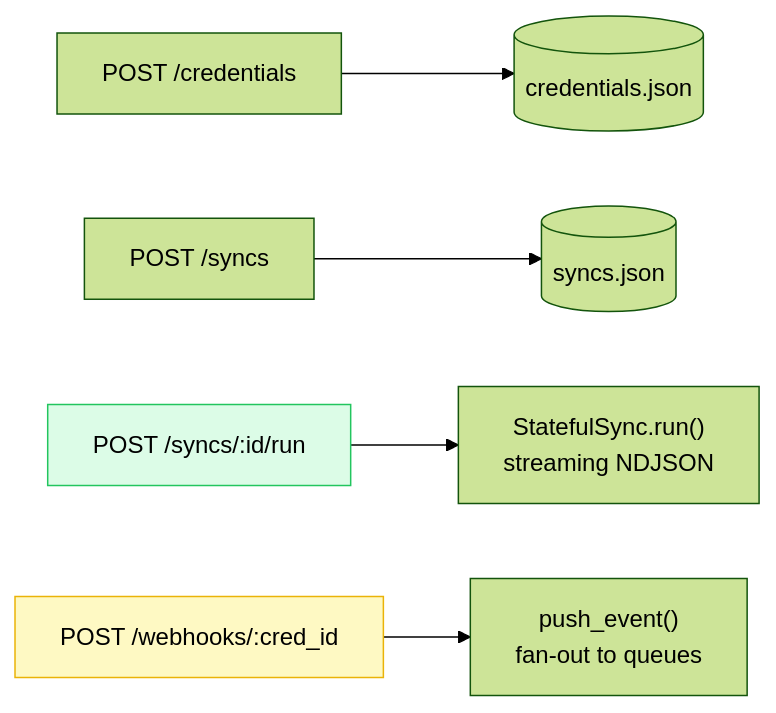
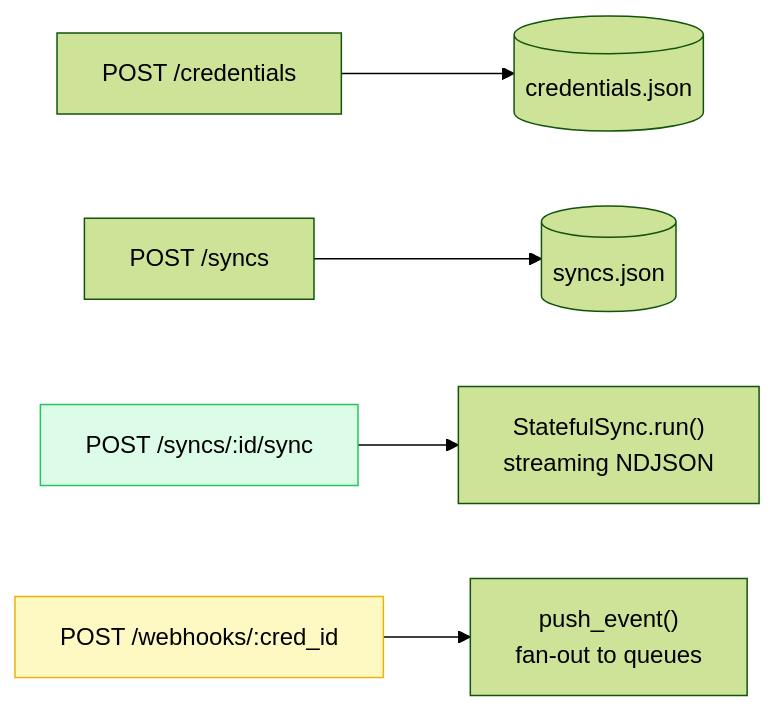
One commit to supabase/stripe-sync-engine changed the seventh of 8 diagrams in docs/slides/architecture.md. Above: the diagram before and after it, drawn with Mermaid (forest theme). The commit also changed 4 other files, not shown here.

First line of the commit message:
Rename /syncs/{id}/run → /syncs/{id}/sync

````diff
--- a/docs/slides/architecture.md
+++ b/docs/slides/architecture.md
@@ -273,9 +273,9 @@
 ```mermaid
 flowchart LR
   C["POST /credentials"] --> CS[("credentials.json")]
   SY["POST /syncs"] --> SS[("syncs.json")]
-  RN["POST /syncs/:id/run"] --> SVC["StatefulSync.run()\nstreaming NDJSON"]
+  RN["POST /syncs/:id/sync"] --> SVC["StatefulSync.run()\nstreaming NDJSON"]
   WH["POST /webhooks/:cred_id"] --> PE["push_event()\nfan-out to queues"]
   style RN fill:#dcfce7,stroke:#22c55e
   style WH fill:#fef9c3,stroke:#eab308
 ```
````
